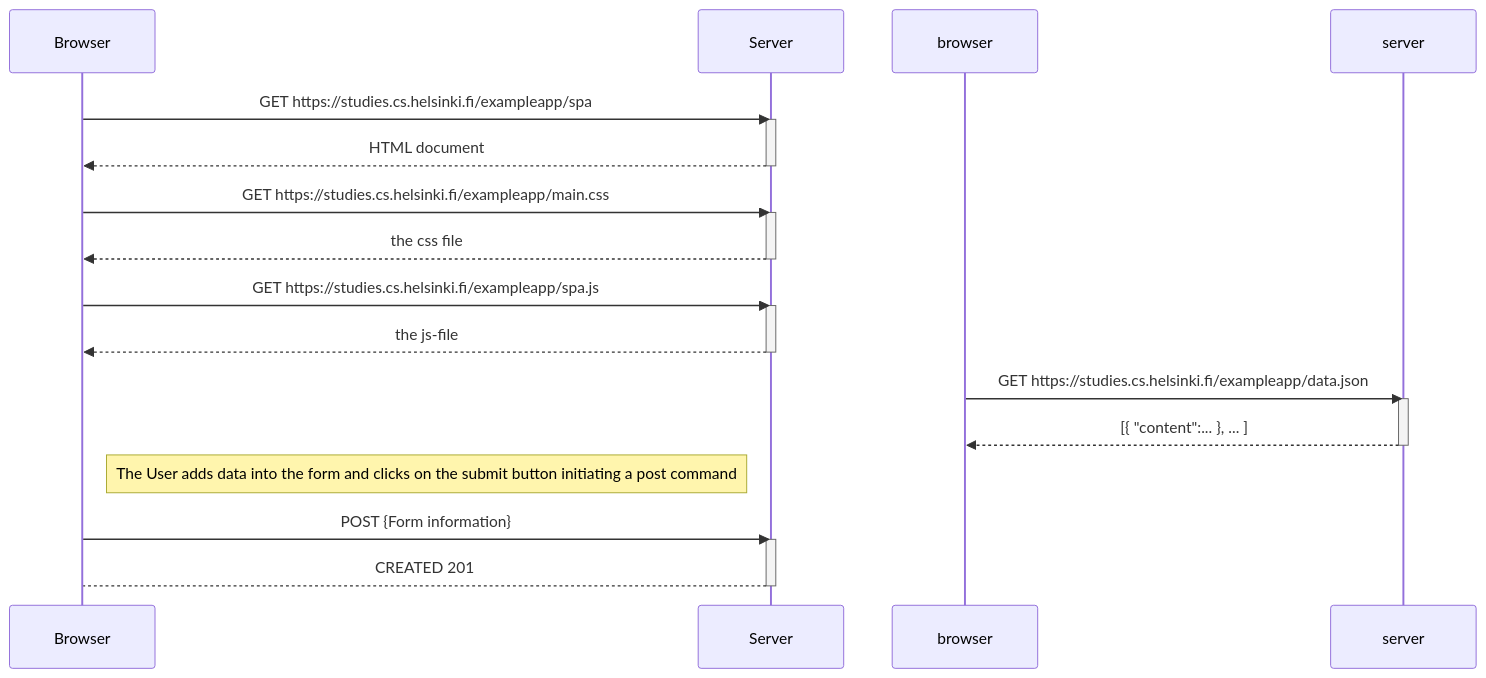
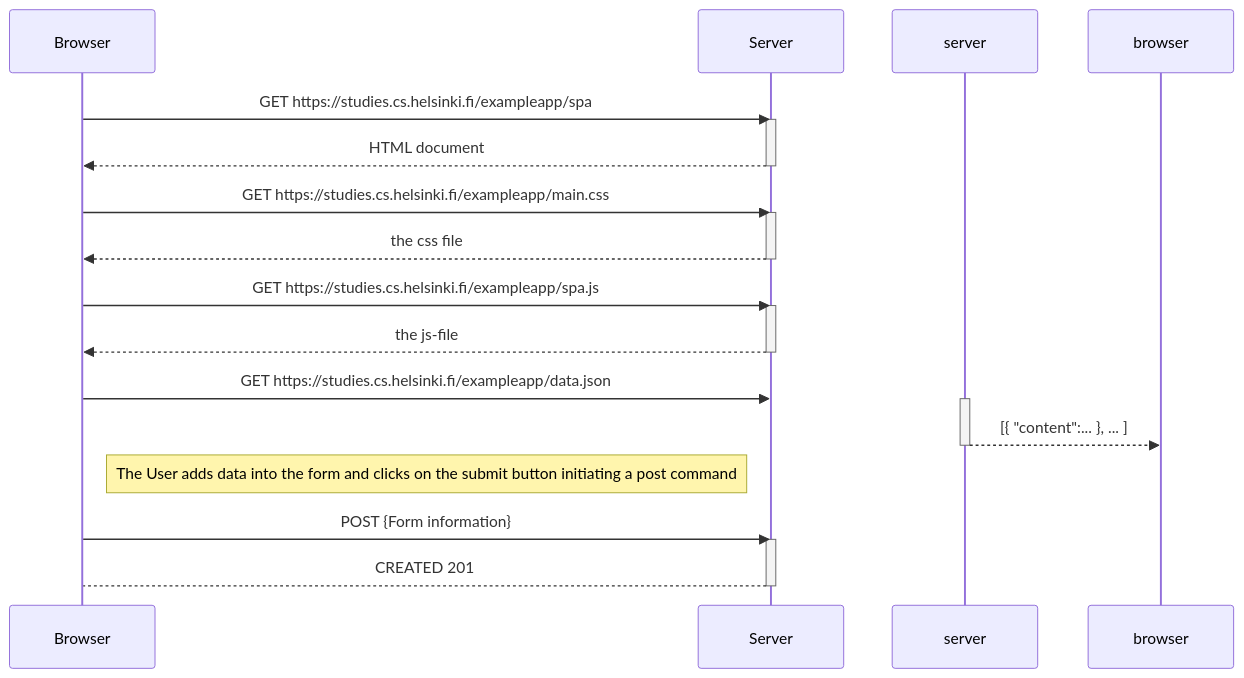
Before and after one commit to seculoseculorum/FullStack_Osa0: the diagram in 0.6Kaavio.md, drawn with Mermaid.

````diff
--- a/0.6Kaavio.md
+++ b/0.6Kaavio.md
@@ -1,32 +1,32 @@
 ```mermaid
 sequenceDiagram
     participant Browser
     participant Server
     
     Browser->>Server: GET https://studies.cs.helsinki.fi/exampleapp/spa
     activate Server
     Server-->>Browser: HTML document
     deactivate Server
     
     Browser->>Server: GET https://studies.cs.helsinki.fi/exampleapp/main.css
     activate Server
     Server-->>Browser: the css file
     deactivate Server
 
     Browser->>Server: GET https://studies.cs.helsinki.fi/exampleapp/spa.js
     activate Server
     Server-->>Browser: the js-file
     deactivate Server
 
-    browser->>server: GET https://studies.cs.helsinki.fi/exampleapp/data.json
+    Browser->>Server: GET https://studies.cs.helsinki.fi/exampleapp/data.json
     activate server
     server-->>browser: [{ "content":... }, ... ]
     deactivate server    
     
     Note right of Browser: The User adds data into the form and clicks on the submit button initiating a post command
 
     Browser->>Server: POST {Form information}
     activate Server
     Server-->Browser: CREATED 201
     deactivate Server 
 ```
````
